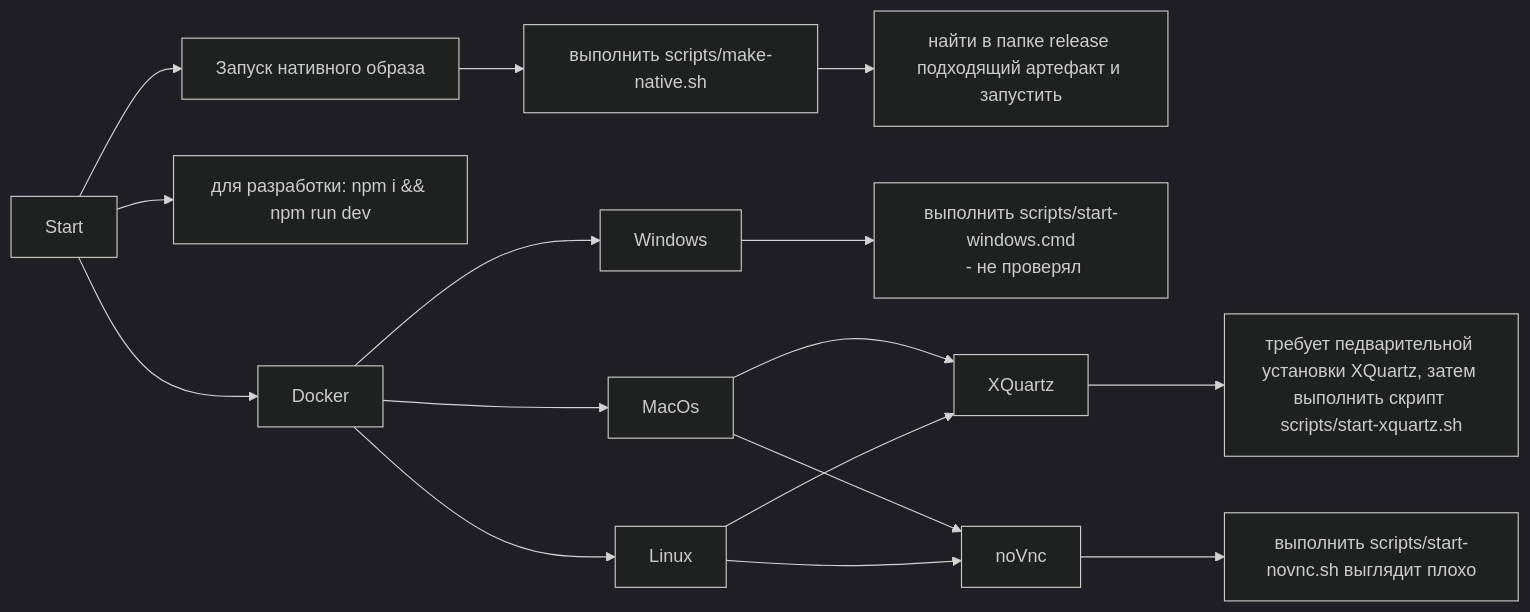
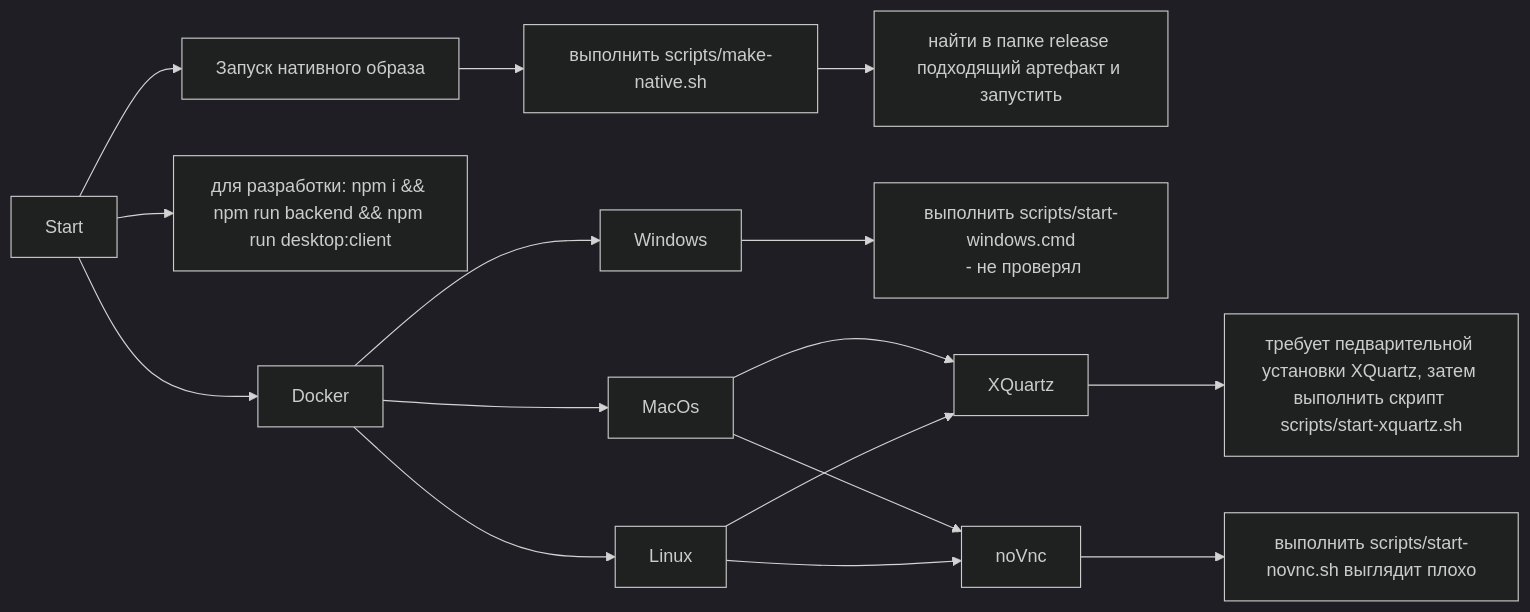
The diagram in README.md (abanshin-an/actio), drawn with Mermaid (dark theme) before and after one commit. The commit also changed other lines of this file and 9 other files, not shown here.

````diff
--- a/README.md
+++ b/README.md
@@ -16,18 +42,18 @@
 ```mermaid
 flowchart LR
   Start --> Native[Запуск нативного образа]
   Native --> Run[выполнить scripts/make-native.sh]
   Run --> RunOs[найти в папке release подходящий артефакт и запустить]
-  Start --> Dev[для разработки: npm i && npm run dev]
+  Start --> Dev[для разработки: npm i && npm run backend && npm run desktop:client]
   Start --> Docker
   Docker --> MacOs
   Docker --> Linux
   Docker --> Windows
   Windows --> RunWindows[выполнить scripts/start-windows.cmd\n - не проверял ]
   MacOs --> XQuartz
   MacOs --> noVnc
   Linux --> XQuartz
   Linux --> noVnc 
   noVnc --> script1[выполнить scripts/start-novnc.sh выглядит плохо]
   XQuartz --> script2[требует педварительной установки XQuartz, затем выполнить скрипт scripts/start-xquartz.sh] 
 ```
````
